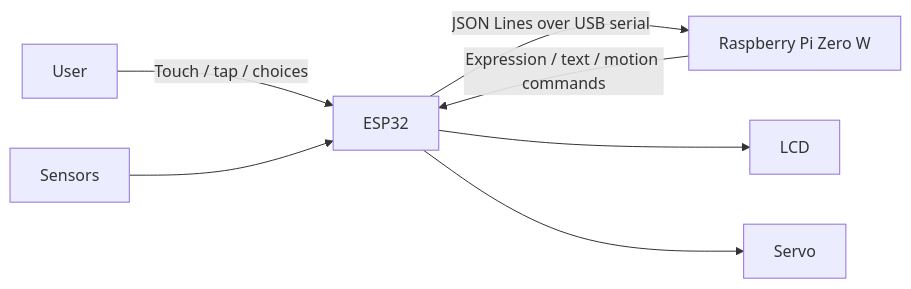
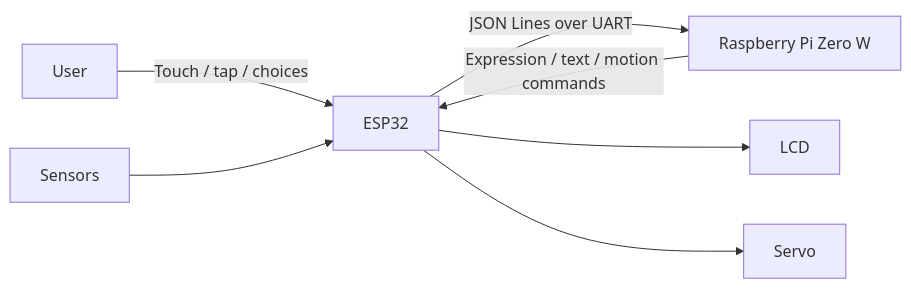
One commit to wachi-yoshitaka-11-dev/deskcat changed the diagram in README.md. Above: the diagram before and after it, drawn with Mermaid. The commit also changed other lines of this file and 5 other files, not shown here.

````diff
--- a/README.md
+++ b/README.md
@@ -24,9 +24,9 @@
 ```mermaid
 flowchart LR
     User[User] -->|Touch / tap / choices| ESP[ESP32]
     Sensors[Sensors] --> ESP
-    ESP -->|JSON Lines over USB serial| Pi[Raspberry Pi Zero W]
+    ESP -->|JSON Lines over UART| Pi[Raspberry Pi Zero W]
     Pi -->|Expression / text / motion commands| ESP
     ESP --> LCD[LCD]
     ESP --> Servo[Servo]
 ```
````
